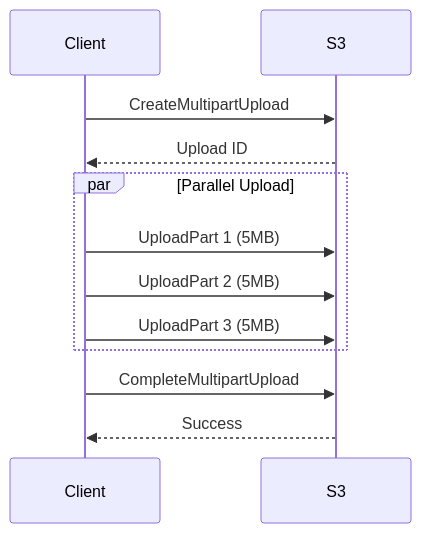
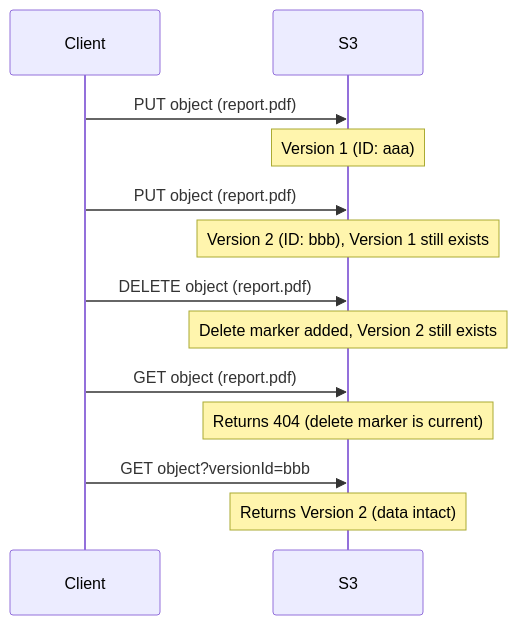
The fifth of 13 diagrams in src/cloud/aws/s3.md (vanos001/placement_prep), drawn with Mermaid before and after one commit. The commit also changed other lines of this file, not shown here.

````diff
--- a/src/cloud/aws/s3.md
+++ b/src/cloud/aws/s3.md
@@ -87,17 +134,20 @@
 ```mermaid
 sequenceDiagram
     participant Client
     participant S3
 
-    Client->>S3: CreateMultipartUpload
-    S3-->>Client: Upload ID
+    Client->>S3: PUT object (report.pdf)
+    Note over S3: Version 1 (ID: aaa)
 
-    par Parallel Upload
-        Client->>S3: UploadPart 1 (5MB)
-        Client->>S3: UploadPart 2 (5MB)
-        Client->>S3: UploadPart 3 (5MB)
-    end
+    Client->>S3: PUT object (report.pdf)
+    Note over S3: Version 2 (ID: bbb), Version 1 still exists
 
-    Client->>S3: CompleteMultipartUpload
-    S3-->>Client: Success
+    Client->>S3: DELETE object (report.pdf)
+    Note over S3: Delete marker added, Version 2 still exists
+
+    Client->>S3: GET object (report.pdf)
+    Note over S3: Returns 404 (delete marker is current)
+
+    Client->>S3: GET object?versionId=bbb
+    Note over S3: Returns Version 2 (data intact)
 ```
````
